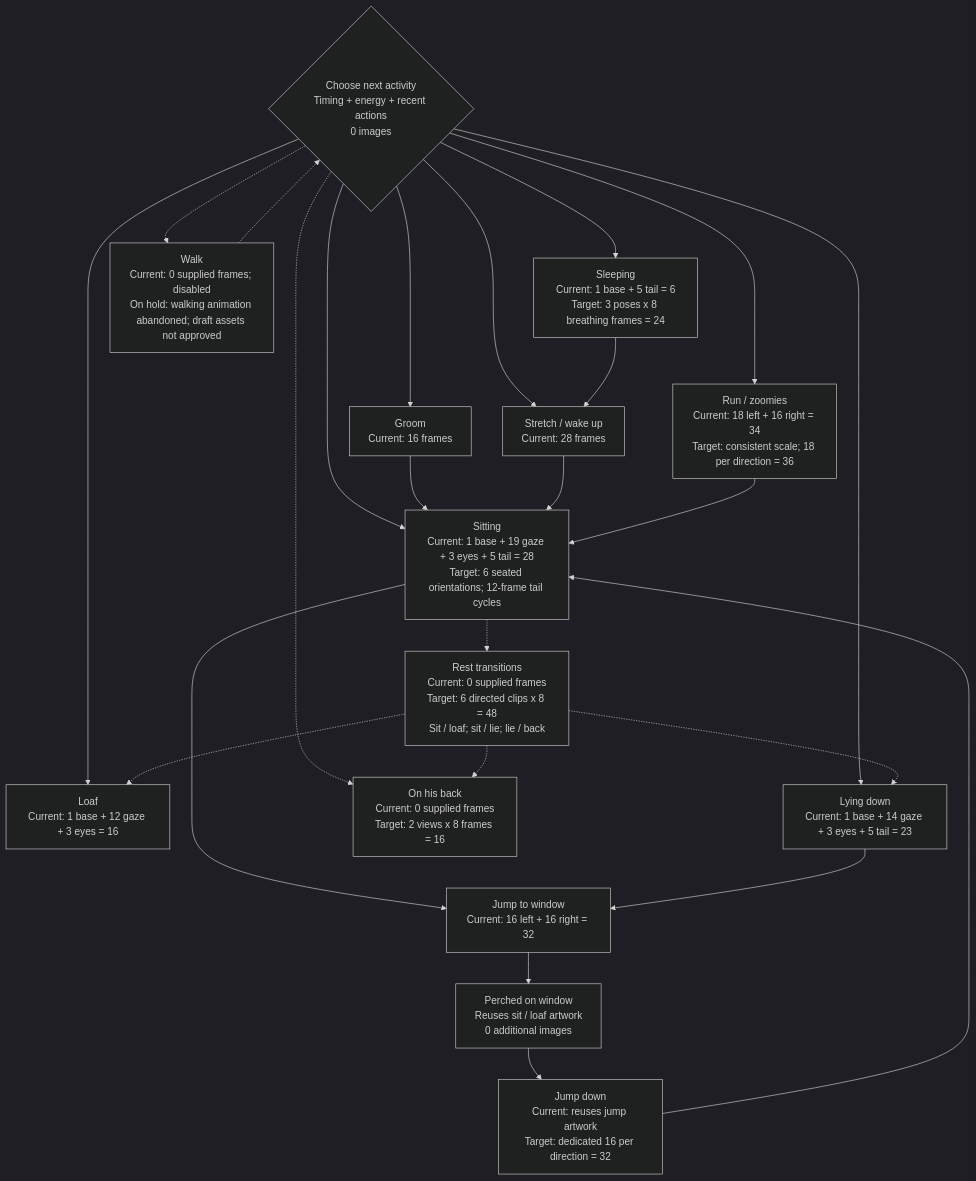
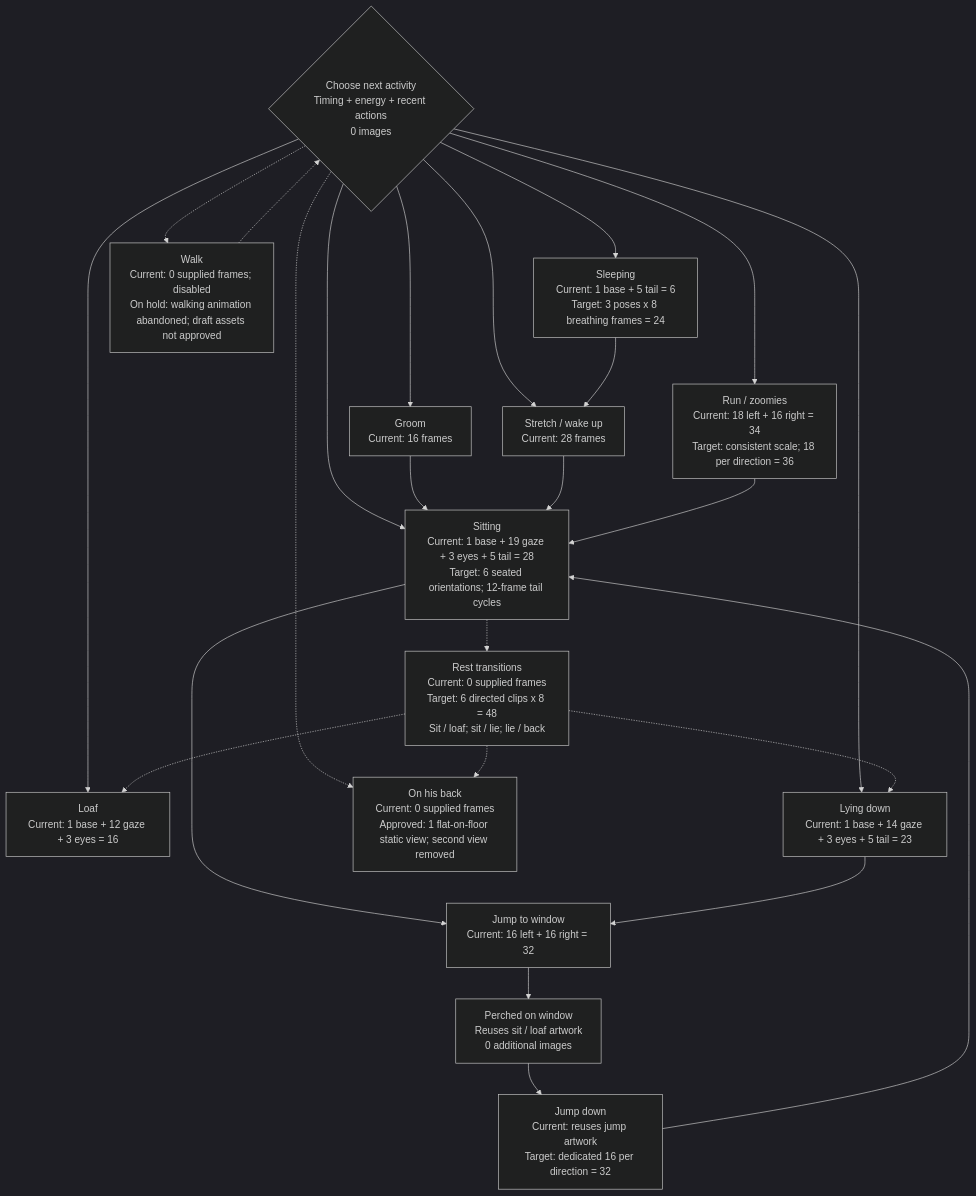
The diagram in planning/odin-state-plan.mmd (BurtFablehoff/Odin), drawn with Mermaid (dark theme) before and after one commit. The commit also changed 7 other files, not shown here.

Commit message:
Keep approved flat belly pose and add unified resting-size review

```diff
--- a/planning/odin-state-plan.mmd
+++ b/planning/odin-state-plan.mmd
@@ -1,57 +1,58 @@
 flowchart TD
     PICK{"Choose next activity\nTiming + energy + recent actions\n0 images"}
     SIT["Sitting\nCurrent: 1 base + 19 gaze + 3 eyes + 5 tail = 28\nTarget: 6 seated orientations; 12-frame tail cycles"]
     LOAF["Loaf\nCurrent: 1 base + 12 gaze + 3 eyes = 16"]
     LAY["Lying down\nCurrent: 1 base + 14 gaze + 3 eyes + 5 tail = 23"]
     SLEEP["Sleeping\nCurrent: 1 base + 5 tail = 6\nTarget: 3 poses x 8 breathing frames = 24"]
-    BELLY["On his back\nCurrent: 0 supplied frames\nTarget: 2 views x 8 frames = 16"]
+    BELLY["On his back\nCurrent: 0 supplied frames\nApproved: 1 flat-on-floor static view; second view removed"]
     GROOM["Groom\nCurrent: 16 frames"]
     STRETCH["Stretch / wake up\nCurrent: 28 frames"]
     WALK["Walk\nCurrent: 0 supplied frames; disabled\nOn hold: walking animation abandoned; draft assets not approved"]
     RUN["Run / zoomies\nCurrent: 18 left + 16 right = 34\nTarget: consistent scale; 18 per direction = 36"]
     JUMP["Jump to window\nCurrent: 16 left + 16 right = 32"]
     PERCH["Perched on window\nReuses sit / loaf artwork\n0 additional images"]
     DOWN["Jump down\nCurrent: reuses jump artwork\nTarget: dedicated 16 per direction = 32"]
     TRANS["Rest transitions\nCurrent: 0 supplied frames\nTarget: 6 directed clips x 8 = 48\nSit / loaf; sit / lie; lie / back"]
 
     PICK --> SIT
     PICK --> LOAF
     PICK --> LAY
     PICK --> SLEEP
     PICK -.-> BELLY
     PICK --> GROOM
     GROOM --> SIT
     PICK --> STRETCH
     SLEEP --> STRETCH
     STRETCH --> SIT
     PICK -.-> WALK
     WALK -.-> PICK
     PICK --> RUN
     RUN --> SIT
     SIT --> JUMP
     LAY --> JUMP
     JUMP --> PERCH
     PERCH --> DOWN
     DOWN --> SIT
     SIT -.-> TRANS
     TRANS -.-> LOAF
     TRANS -.-> LAY
     TRANS -.-> BELLY
 
 %% Source: local production 3.1.2 pack, matching local dev 3.1.0.14 pack.
 %% Current: 183 stored frame entries across 19 clips, not necessarily 183 unique drawings.
 %% Solid connections summarize existing behavior; dashed connections are proposed.
 %% All targets are initial planning budgets, not completed asset counts.
 %% Walking and the 3D experiment are on hold by owner instruction.
 %% All walking drafts remain unapproved for runtime use.
 %% Scratching was removed from the upgrade scope on 2026-11-06.
 %% Sitting: rear, looking-back and side static poses approved by owner.
 %% Sleeping: all three static poses approved, including corrected side forepaw.
 %% Breathing: two 8-frame loops approved; side-sleep intentionally held static.
 %% Breathing policy: one cycle after 120-300 quiet seconds, not continuous.
-%% Active milestone: belly-up resting poses.
+%% Belly: first low side pose approved; second three-quarter pose removed.
+%% Active milestone: approved pose integration and quiet action balancing.
 %% Owner preference: mostly still, occasional actions; low distraction.
 %% Target counts replace/expand current assets and must not be summed as net new images.
 %% Six resting transition clips are sit_to_loaf, loaf_to_sit, sit_to_lay,
 %% lay_to_sit, lay_to_belly, belly_to_lay. Sleep enters from lying down.
 %% Pounce and crab behavior exists in source but artwork is deferred and out of this upgrade scope.
```
